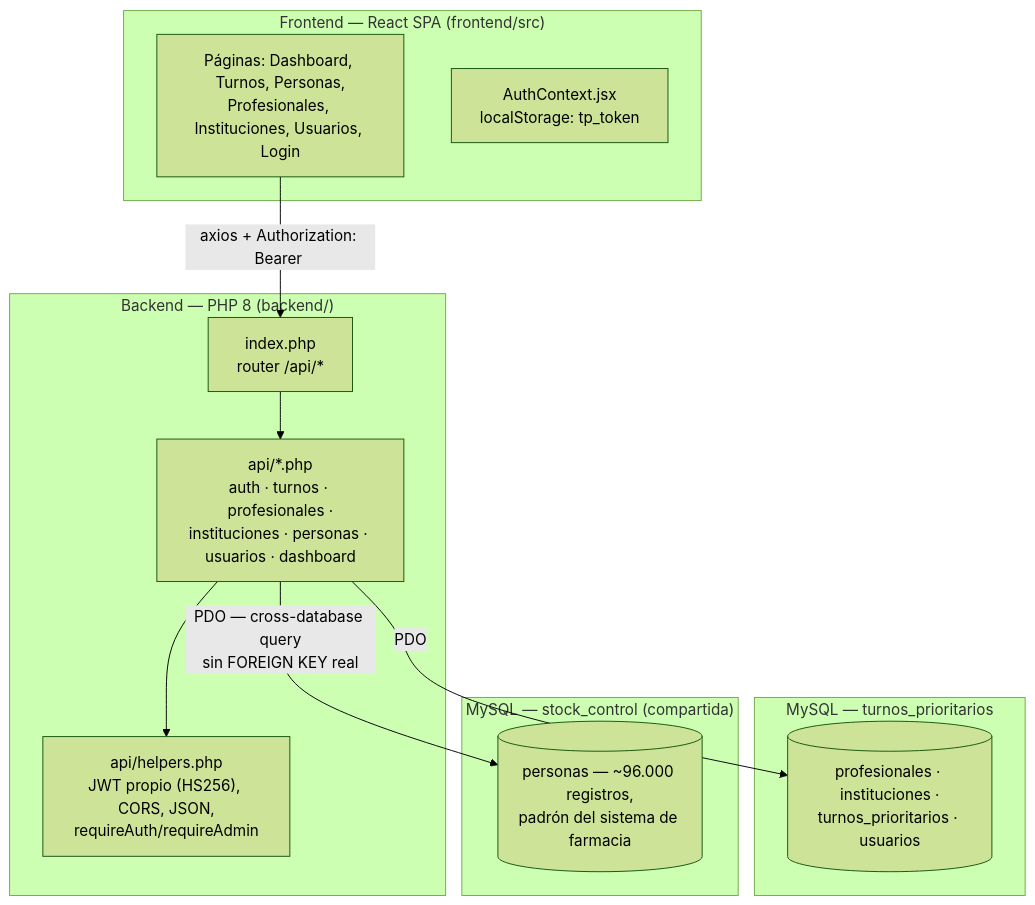
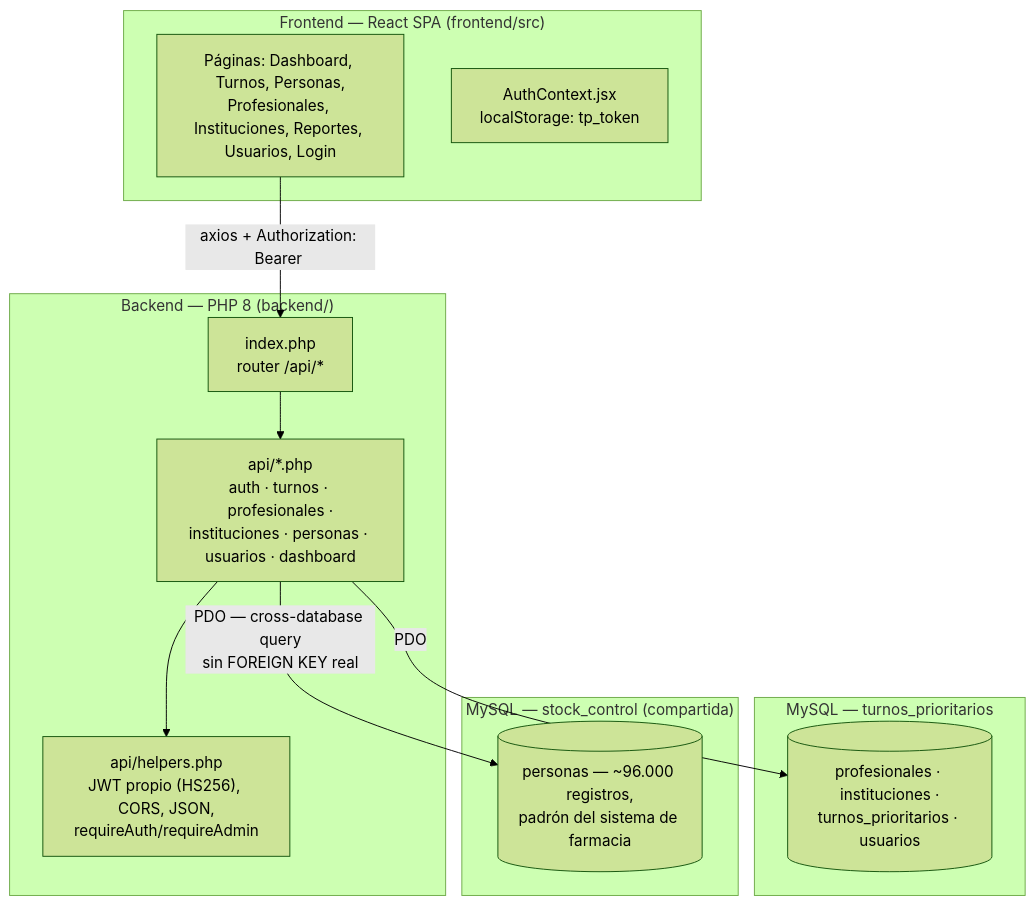
The first of 2 diagrams in docs/turnos-prioritarios.md (ssnetz/Proyectos), drawn with Mermaid (forest theme) before and after one commit. The commit also changed other lines of this file, not shown here.

First line of the commit message:
Actualizar docs/turnos-prioritarios.md con las features agregadas después del PR

````diff
--- a/docs/turnos-prioritarios.md
+++ b/docs/turnos-prioritarios.md
@@ -14,23 +17,23 @@
 ```mermaid
 flowchart TB
     subgraph FE["Frontend — React SPA (frontend/src)"]
-        UI["Páginas: Dashboard, Turnos, Personas,\nProfesionales, Instituciones, Usuarios, Login"]
+        UI["Páginas: Dashboard, Turnos, Personas,\nProfesionales, Instituciones, Reportes, Usuarios, Login"]
         CTX[AuthContext.jsx\nlocalStorage: tp_token]
     end
     subgraph BE["Backend — PHP 8 (backend/)"]
         R[index.php\nrouter /api/*]
         H["api/helpers.php\nJWT propio (HS256), CORS, JSON,\nrequireAuth/requireAdmin"]
         EP["api/*.php\nauth · turnos · profesionales ·\ninstituciones · personas · usuarios · dashboard"]
     end
     subgraph DB1["MySQL — turnos_prioritarios"]
         T1[(profesionales · instituciones ·\nturnos_prioritarios · usuarios)]
     end
     subgraph DB2["MySQL — stock_control (compartida)"]
         T2[(personas — ~96.000 registros,\npadrón del sistema de farmacia)]
     end
 
     UI -- "axios + Authorization: Bearer <JWT>" --> R
     R --> EP --> H
     EP -- "PDO" --> T1
     EP -- "PDO — cross-database query\nsin FOREIGN KEY real" --> T2
 ```
````
